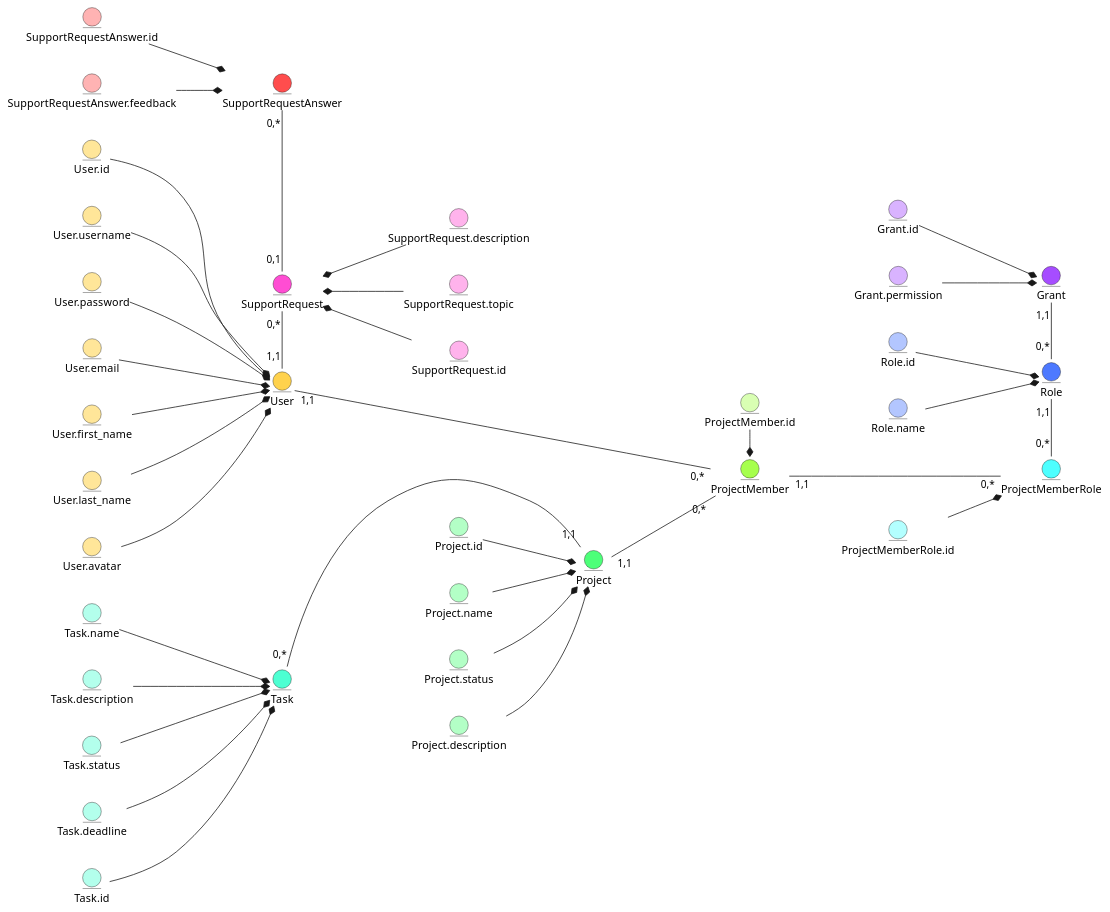
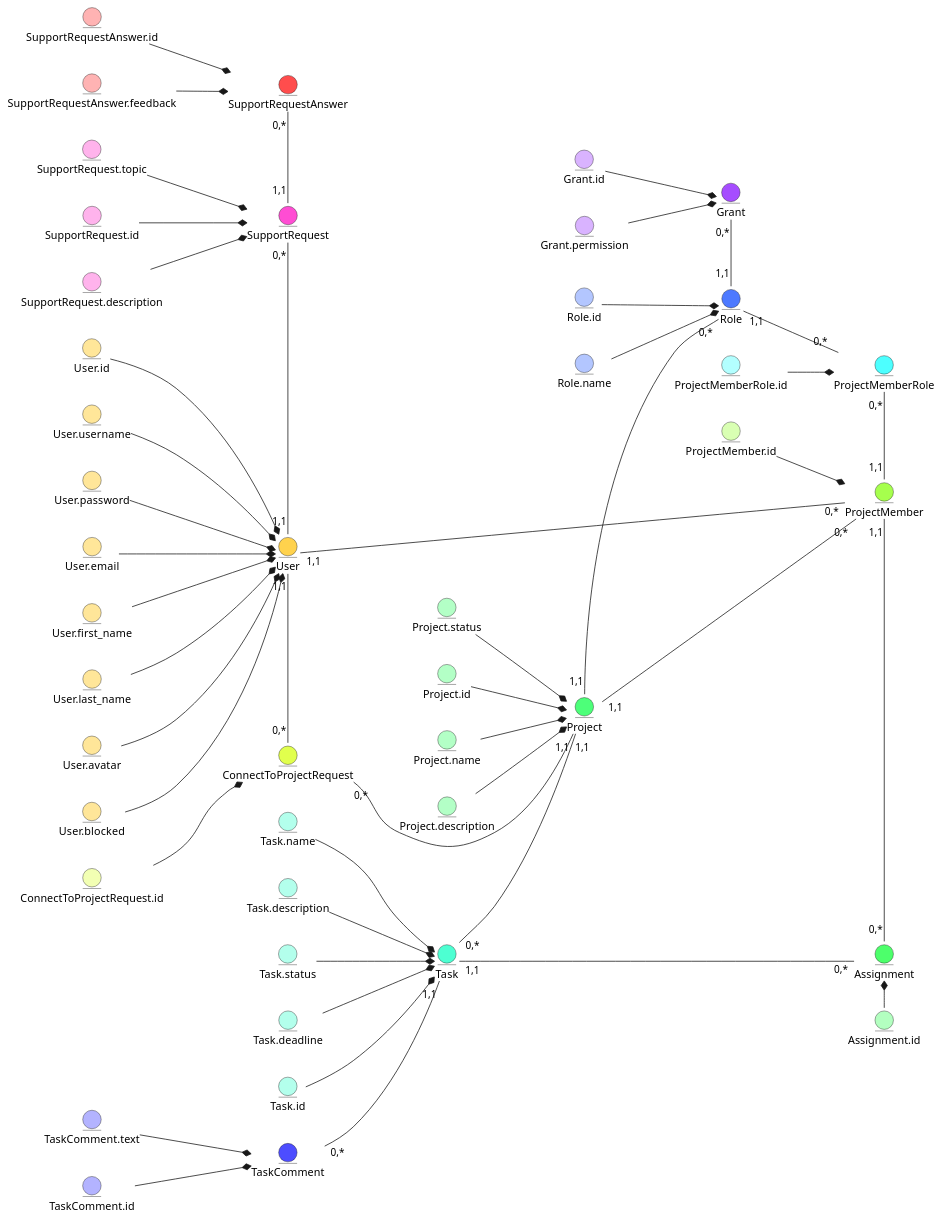
One commit to bohdanbulakh/databases-labs changed the diagram in docs/design/README.md. Above: the diagram before and after it, drawn with PlantUML.

Commit message:
fix business objects scheme connections

```diff
--- a/docs/design/README.md
+++ b/docs/design/README.md
@@ -14,6 +14,7 @@
     entity User.first_name #ffe699
     entity User.last_name #ffe699
     entity User.avatar #ffe699
+    entity User.blocked #ffe699
 
     User.id -d-* User
     User.username -d-* User
@@ -21,7 +22,8 @@
     User.email -d-* User
     User.first_name -d-* User
     User.last_name -d-* User
-    User.avatar  --* User
+    User.avatar --* User
+    User.blocked --* User
 
 
     entity Grant #a64dff
@@ -49,7 +51,7 @@
     entity ProjectMember #a6ff4d
     entity ProjectMember.id #d9ffb3
 
-    ProjectMember.id -r-* ProjectMember
+    ProjectMember.id --* ProjectMember
 
 
     entity Project #4dff79
@@ -76,14 +78,35 @@
     Task.status -d-* Task
     Task.deadline -d-* Task
 
+
+    entity TaskComment #4d4dff
+    entity TaskComment.id #b3b3ff
+    entity TaskComment.text #b3b3ff
+
+    TaskComment.id --* TaskComment
+    TaskComment.text --* TaskComment
+
+
+    entity Assignment #4dff6b
+    entity Assignment.id #b3ffc0
+
+    Assignment.id -l-* Assignment
+
+
+    entity ConnectToProjectRequest #e1ff4d
+    entity ConnectToProjectRequest.id #f2ffb3
+
+    ConnectToProjectRequest.id --* ConnectToProjectRequest
+
+
     entity SupportRequest #ff4dd3
     entity SupportRequest.id #ffb3ec
     entity SupportRequest.description #ffb3ec
     entity SupportRequest.topic #ffb3ec
 
-    SupportRequest.id -u-* SupportRequest
-    SupportRequest.topic -u-* SupportRequest
-    SupportRequest.description -u-* SupportRequest
+    SupportRequest.id -d-* SupportRequest
+    SupportRequest.topic -d-* SupportRequest
+    SupportRequest.description -d-* SupportRequest
 
     entity SupportRequestAnswer #ff4d4d
     entity SupportRequestAnswer.id #ffb3b3
@@ -92,17 +115,28 @@
     SupportRequestAnswer.id -d-* SupportRequestAnswer
     SupportRequestAnswer.feedback -d-* SupportRequestAnswer
 
-    User "1,1" -d-- "0,*" ProjectMember
-    Grant "1,1" -r- "0,*" Role
+    User "1,1" -- "0,*" ProjectMember
+    Role "1,1" -l- "0,*" Grant
 
-    ProjectMemberRole "0,*" -l-- "1,1" Role
-    ProjectMemberRole "0,*" -u-- "1,1" ProjectMember
-    ProjectMember "0,*" -u-- "1,1" Project
-    Project "1,1" -u-- "0,*" Task
-    Task -l[hidden]-> User
-    SupportRequest.topic -l[hidden]-> Project.status
+    ProjectMemberRole "0,*" -u- "1,1" Role
+    ProjectMemberRole "0,*" -r- "1,1" ProjectMember
+    Role "0,*" -u- "1,1" Project
+    ProjectMember "0,*" -u- "1,1" Project
+    Project "1,1" -u- "0,*" Task
+    TaskComment "0,*" -- "1,1" Task
+    Task "1,1" -- "0,*" Assignment
+    ProjectMember "1,1" -r- "0,*" Assignment
+    ConnectToProjectRequest "0,*" -l- "1,1" User
+    ConnectToProjectRequest "0,*" --- "1,1" Project
 
-    SupportRequest "0,*" -r-- "1,1" User
-    SupportRequestAnswer "0,*" -r-- "0,1" SupportRequest
+    SupportRequest "0,*" -r- "1,1" User
+    SupportRequestAnswer "0,*" -r- "1,1" SupportRequest
+
+    ConnectToProjectRequest -r[hidden]- Project
+    User  -r[hidden]-  Project
+    Task  -r[hidden]-  Project
+    Role  -u[hidden]-  Project
+    Assignment  -u[hidden]-  TaskComment
+    Grant -u[hidden]--- SupportRequestAnswer
 
 @enduml
```
